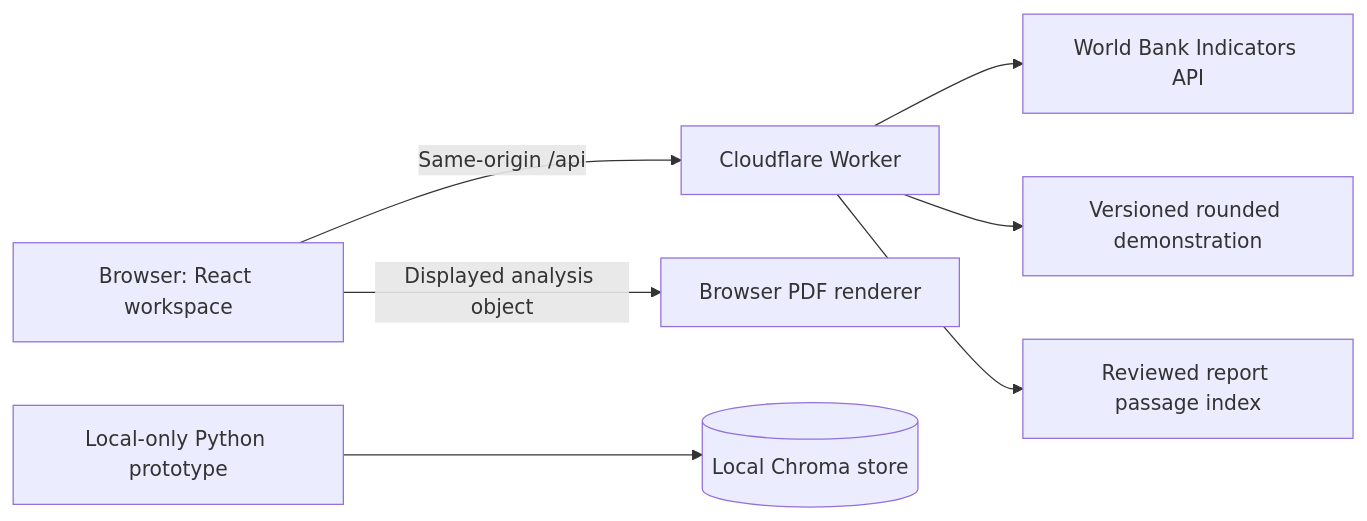
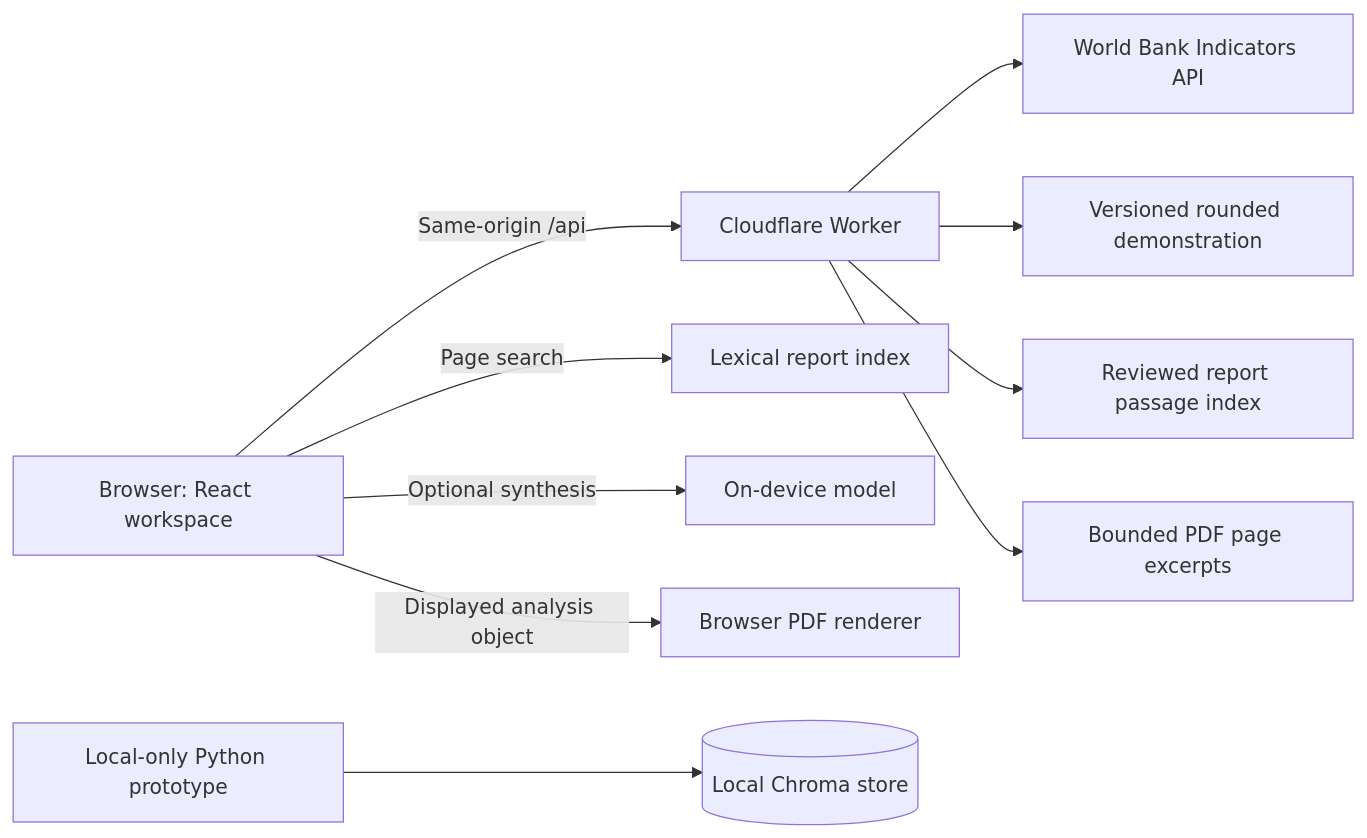
Before and after one commit to QinnniQ/global-economic-intelligence-agent: the diagram in README.md, drawn with Mermaid. The commit also changed other lines of this file and 34 other files, not shown here.

Commit message:
Add no-charge public report retrieval and optional on-device RAG

````diff
--- a/README.md
+++ b/README.md
@@ -46,9 +46,12 @@
 ```mermaid
 flowchart LR
   B[Browser: React workspace] -->|Same-origin /api| W[Cloudflare Worker]
   W --> WB[World Bank Indicators API]
   W --> S[Versioned rounded demonstration]
   W --> R[Reviewed report passage index]
+  B -->|Page search| I[Lexical report index]
+  B -->|Optional synthesis| M[On-device model]
+  W --> E[Bounded PDF page excerpts]
   B -->|Displayed analysis object| P[Browser PDF renderer]
   L[Local-only Python prototype] --> C[(Local Chroma store)]
 ```
````
